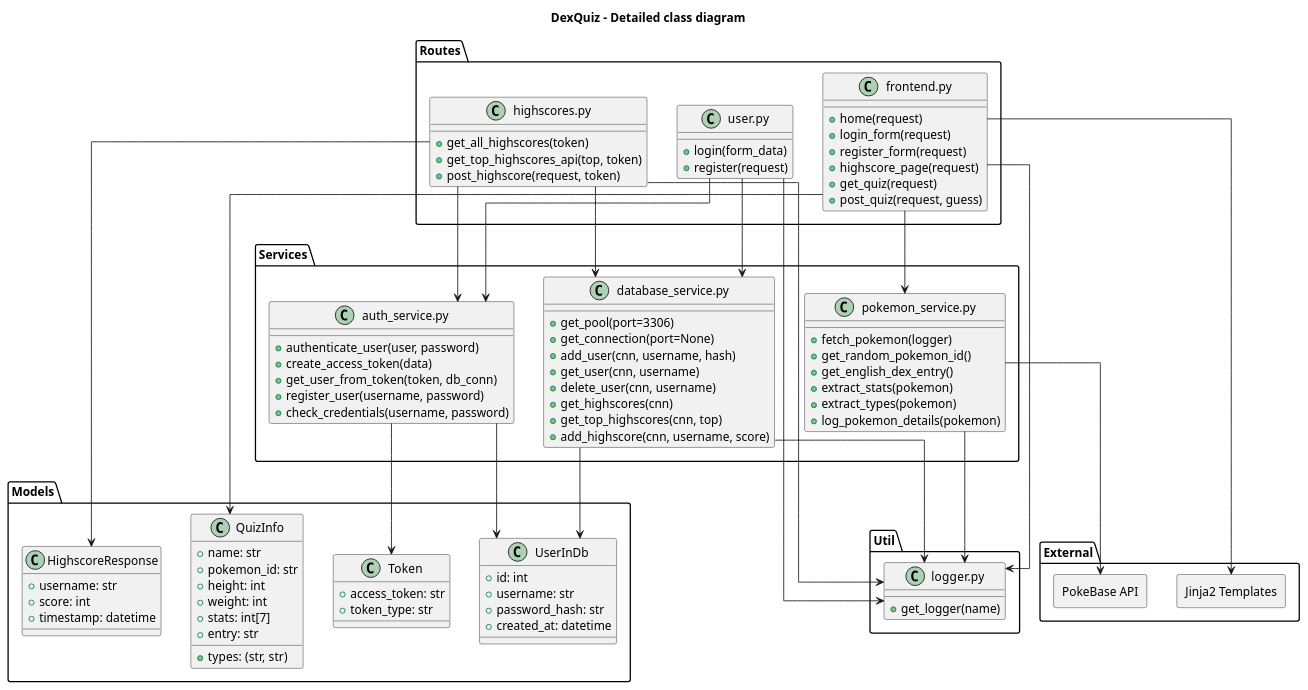
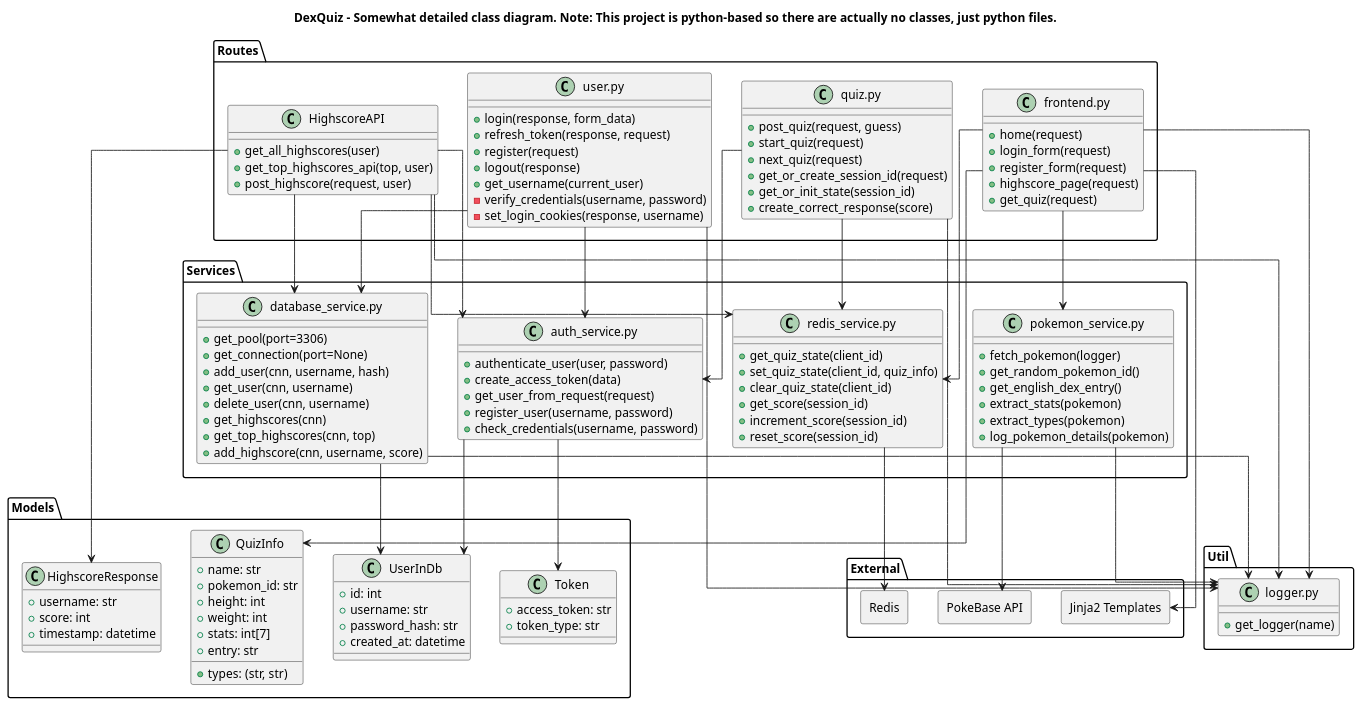
Before and after one commit to Digestey/lw-sqs-ss25: the diagram in docs/source/arc42/images/detailed_class_diagram.puml, drawn with PlantUML. The commit also changed 25 other files, not shown here.

```diff
--- a/docs/source/arc42/images/detailed_class_diagram.puml
+++ b/docs/source/arc42/images/detailed_class_diagram.puml
@@ -1,123 +1,153 @@
 @startuml
 allowmixing
 skinparam componentStyle rectangle
 skinparam linetype ortho
-title DexQuiz - Detailed class diagram
+title DexQuiz - Somewhat detailed class diagram. Note: This project is python-based so there are actually no classes, just python files.
 
 package "Models" {
     class UserInDb {
         +id: int
         +username: str
         +password_hash: str
         +created_at: datetime
     }
 
     class QuizInfo {
         +name: str
         +pokemon_id: str
         +height: int
         +weight: int
         +stats: int[7]
         +types: (str, str)
         +entry: str
     }
 
     class Token {
         +access_token: str
         +token_type: str
     }
 
     class HighscoreResponse {
         +username: str
         +score: int
         +timestamp: datetime
     }
 }
 
 package "Routes" {
     class "frontend.py" as Frontend {
         +home(request)
         +login_form(request)
         +register_form(request)
         +highscore_page(request)
         +get_quiz(request)
-        +post_quiz(request, guess)
     }
 
-    class "highscores.py" as HighscoreAPI {
-        +get_all_highscores(token)
-        +get_top_highscores_api(top, token)
-        +post_highscore(request, token)
+    
+class HighscoreAPI {
+    +get_all_highscores(user)
+    +get_top_highscores_api(top, user)
+    +post_highscore(request, user)
+}
+    class "quiz.py" as Quiz {
+        +post_quiz(request, guess)
+        +start_quiz(request)
+        +next_quiz(request)
+        +get_or_create_session_id(request)
+        +get_or_init_state(session_id)
+        +create_correct_response(score)
     }
 
     class "user.py" as UserAPI {
-        +login(form_data)
-        +register(request)
-    }
+    +login(response, form_data)
+    +refresh_token(response, request)
+    +register(request)
+    +logout(response)
+    +get_username(current_user)
+    -verify_credentials(username, password)
+    -set_login_cookies(response, username)
+}
 }
 
 package "Services" {
     class "auth_service.py" as AuthService {
         +authenticate_user(user, password)
         +create_access_token(data)
-        +get_user_from_token(token, db_conn)
+        +get_user_from_request(request)
         +register_user(username, password)
         +check_credentials(username, password)
     }
 
     class "database_service.py" as DatabaseService {
         +get_pool(port=3306)
         +get_connection(port=None)
         +add_user(cnn, username, hash)
         +get_user(cnn, username)
         +delete_user(cnn, username)
         +get_highscores(cnn)
         +get_top_highscores(cnn, top)
         +add_highscore(cnn, username, score)
     }
 
     class "pokemon_service.py" as PokemonService {
         +fetch_pokemon(logger)
         +get_random_pokemon_id()
         +get_english_dex_entry()
         +extract_stats(pokemon)
         +extract_types(pokemon)
         +log_pokemon_details(pokemon)
     }
+
+    class "redis_service.py" as RedisService {
+        +get_quiz_state(client_id)
+        +set_quiz_state(client_id, quiz_info)
+        +clear_quiz_state(client_id)
+        +get_score(session_id)
+        +increment_score(session_id)
+        +reset_score(session_id)
+    }
 }
 
 package "Util" {
     class "logger.py" as Logger {
         +get_logger(name)
     }
 }
 
 package "External" {
     component "Jinja2 Templates"
     component "PokeBase API"
+    component "Redis"
 }
 
 Frontend --> PokemonService
+Frontend --> RedisService
 Frontend --> Logger
 Frontend --> "Jinja2 Templates"
 Frontend --> QuizInfo
 
 UserAPI --> AuthService
 UserAPI --> DatabaseService
 UserAPI --> Logger
 
 HighscoreAPI --> AuthService
 HighscoreAPI --> DatabaseService
 HighscoreAPI --> Logger
 HighscoreAPI --> HighscoreResponse
+HighscoreAPI --> RedisService
+
+Quiz --> AuthService
+Quiz --> RedisService
+Quiz --> Logger
 
 AuthService --> UserInDb
 AuthService --> Token
 
 DatabaseService --> UserInDb
 DatabaseService --> Logger
 
 PokemonService --> Logger
 PokemonService --> "PokeBase API"
 
+RedisService --> "Redis"
 @enduml
```
